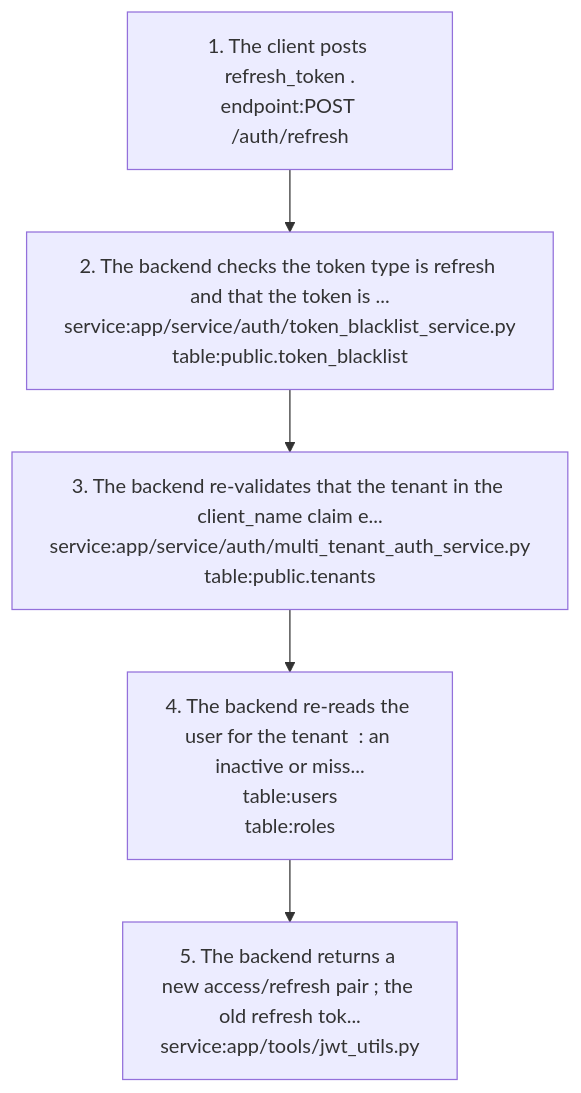
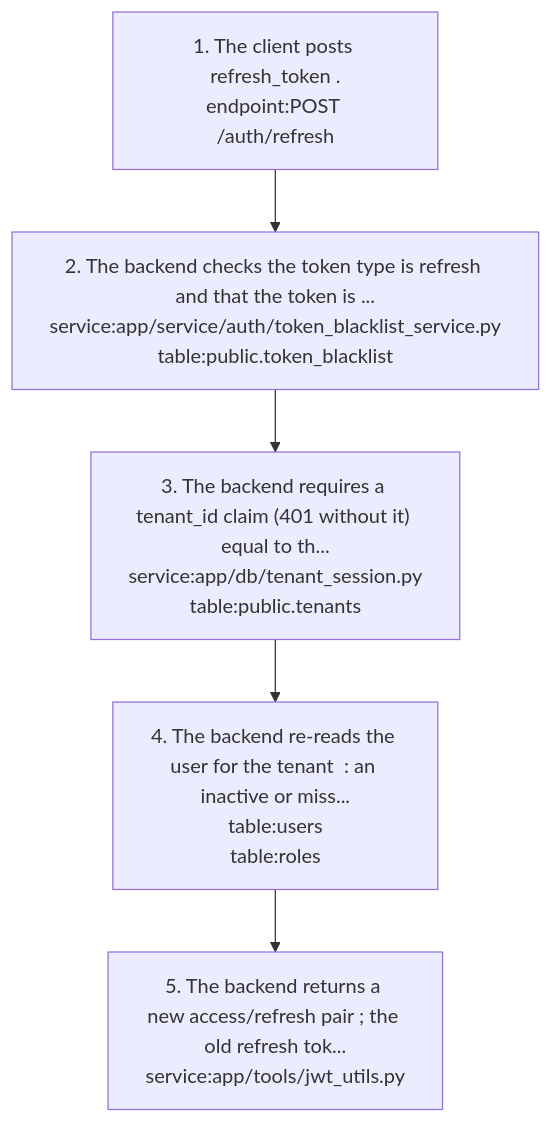
One commit to nerellasraj21/cos360_full_app changed the sixth of 7 diagrams in docs/graph/views/auth.md. Above: the diagram before and after it, drawn with Mermaid. The commit also changed other lines of this file and 44 other files, not shown here.

First line of the commit message:
Re-verify project docs and knowledge graph against current code

````diff
--- a/docs/graph/views/auth.md
+++ b/docs/graph/views/auth.md
@@ -313,12 +313,12 @@
 ```mermaid
 flowchart TD
   s1["1. The client posts refresh_token .<br/>endpoint:POST /auth/refresh"]
   s2["2. The backend checks the token type is refresh and that the token is ...<br/>service:app/service/auth/token_blacklist_service.py<br/>table:public.token_blacklist"]
   s1 --> s2
-  s3["3. The backend re-validates that the tenant in the client_name claim e...<br/>service:app/service/auth/multi_tenant_auth_service.py<br/>table:public.tenants"]
+  s3["3. The backend requires a tenant_id claim (401 without it) equal to th...<br/>service:app/db/tenant_session.py<br/>table:public.tenants"]
   s2 --> s3
   s4["4. The backend re-reads the user for the tenant  : an inactive or miss...<br/>table:users<br/>table:roles"]
   s3 --> s4
   s5["5. The backend returns a new access/refresh pair ; the old refresh tok...<br/>service:app/tools/jwt_utils.py"]
   s4 --> s5
 ```
````
